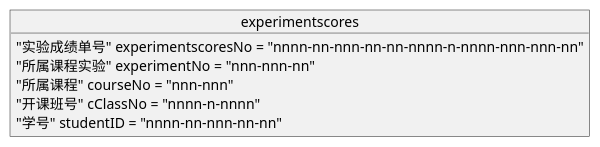
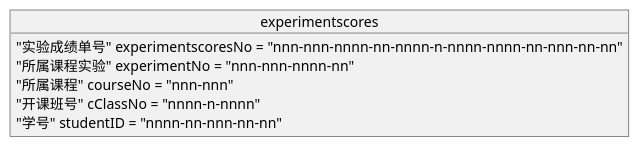
Before and after one commit to 201610414130/is_analysis-4: the tenth of 10 diagrams in test6/objectView.pu, drawn with PlantUML. The commit also changed other lines of this file and 5 other files, not shown here.

```diff
--- a/test6/objectView.pu
+++ b/test6/objectView.pu
@@ -122,9 +122,9 @@
 @startuml experimentscores
 object experimentscores{
-    "实验成绩单号" experimentscoresNo = "nnnn-nn-nnn-nn-nn-nnnn-n-nnnn-nnn-nnn-nn"
-    "所属课程实验" experimentNo = "nnn-nnn-nn"
+    "实验成绩单号" experimentscoresNo = "nnn-nnn-nnnn-nn-nnnn-n-nnnn-nnnn-nn-nnn-nn-nn"
+    "所属课程实验" experimentNo = "nnn-nnn-nnnn-nn"
     "所属课程" courseNo = "nnn-nnn"
     "开课班号" cClassNo = "nnnn-n-nnnn"
     "学号" studentID = "nnnn-nn-nnn-nn-nn"
 }
 @enduml
```
